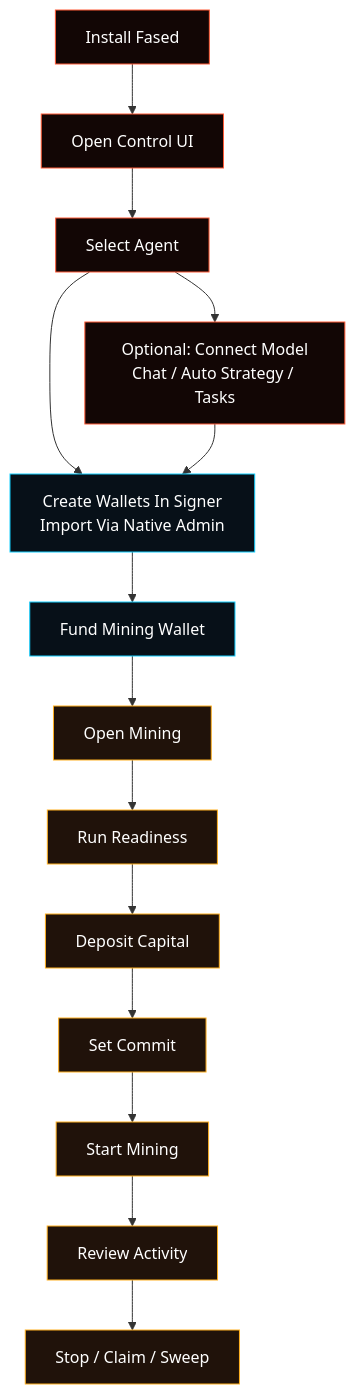
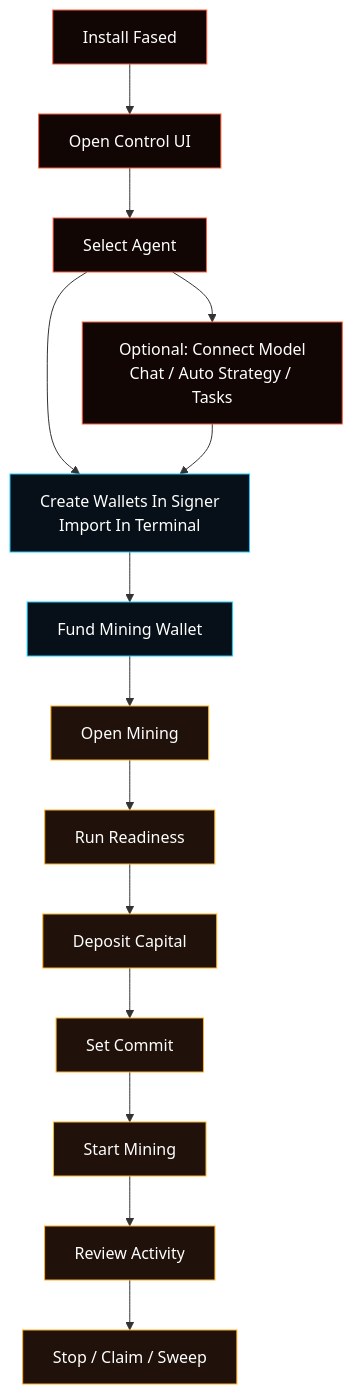
The diagram in docs/start/agent-wallet-mining-walkthrough.md (fased-ai/fased), drawn with Mermaid before and after one commit. The commit also changed other lines of this file and 91 other files, not shown here.

````diff
--- a/docs/start/agent-wallet-mining-walkthrough.md
+++ b/docs/start/agent-wallet-mining-walkthrough.md
@@ -27,23 +27,23 @@
 ```mermaid
 flowchart TD
   install["Install Fased"] --> open["Open Control UI"]
   open --> agent["Select Agent"]
   agent --> model["Optional: Connect Model<br/>Chat / Auto Strategy / Tasks"]
-  agent --> wallets["Create Wallets In Signer<br/>Import Via Native Admin"]
+  agent --> wallets["Create Wallets In Signer<br/>Import In Terminal"]
   model --> wallets
   wallets --> fund["Fund Mining Wallet"]
   fund --> mining["Open Mining"]
   mining --> ready["Run Readiness"]
   ready --> capital["Deposit Capital"]
   capital --> commit["Set Commit"]
   commit --> start["Start Mining"]
   start --> activity["Review Activity"]
   activity --> stop["Stop / Claim / Sweep"]
 
   classDef setup fill:#120605,stroke:#ff5a36,color:#ffffff;
   classDef wallet fill:#071018,stroke:#12cfff,color:#ffffff;
   classDef mining fill:#20120a,stroke:#ffb020,color:#ffffff;
   class install,open,agent,model setup;
   class wallets,fund wallet;
   class mining,ready,capital,commit,start,activity,stop mining;
 ```
````
